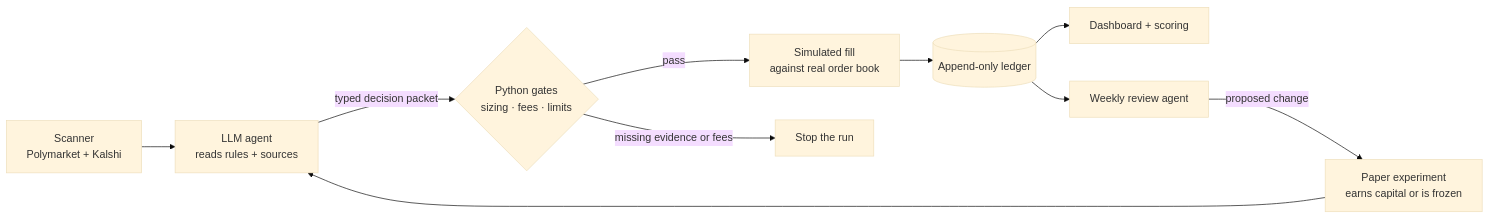
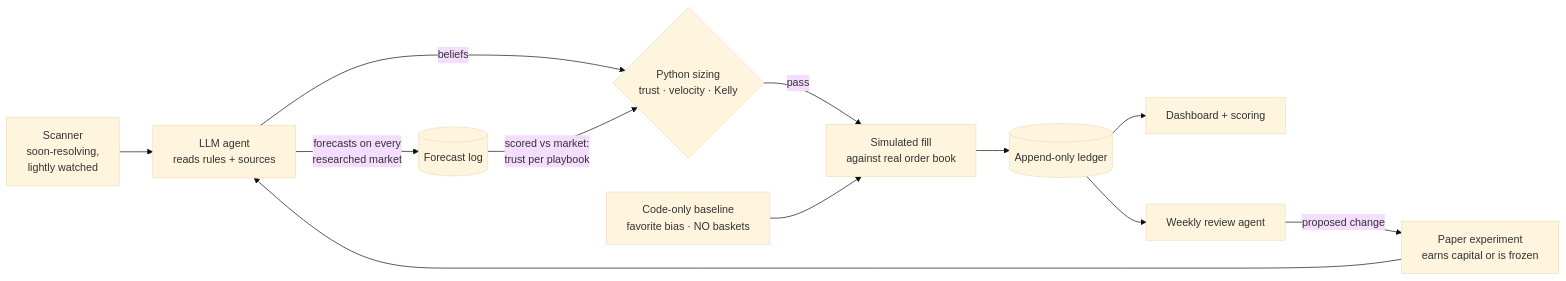
One commit to Amadeus415/agentic_trading changed the diagram in README.md. Above: the diagram before and after it, drawn with Mermaid (base theme). The commit also changed other lines of this file and 7 other files, not shown here.

Commit message:
Document the forecast loop, trust sizing, and control fund so operators know how the fund learns and what it must beat.

````diff
--- a/README.md
+++ b/README.md
@@ -37,12 +37,14 @@
 ```mermaid
 flowchart LR
-    S[Scanner<br/>Polymarket + Kalshi] --> R[LLM agent<br/>reads rules + sources]
-    R -->|typed decision packet| G{Python gates<br/>sizing · fees · limits}
+    S[Scanner<br/>soon-resolving,<br/>lightly watched] --> R[LLM agent<br/>reads rules + sources]
+    R -->|forecasts on every<br/>researched market| FL[(Forecast log)]
+    R -->|beliefs| G{Python sizing<br/>trust · velocity · Kelly}
+    FL -->|scored vs market:<br/>trust per playbook| G
     G -->|pass| F[Simulated fill<br/>against real order book]
-    G -->|missing evidence or fees| X[Stop the run]
     F --> L[(Append-only ledger)]
+    B[Code-only baseline<br/>favorite bias · NO baskets] --> F
     L --> D[Dashboard + scoring]
     L --> V[Weekly review agent]
     V -->|proposed change| E[Paper experiment<br/>earns capital or is frozen]
     E --> R
 ```
````
